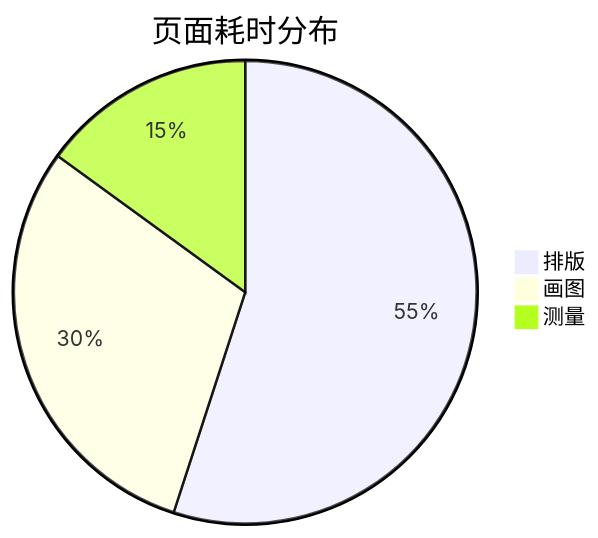
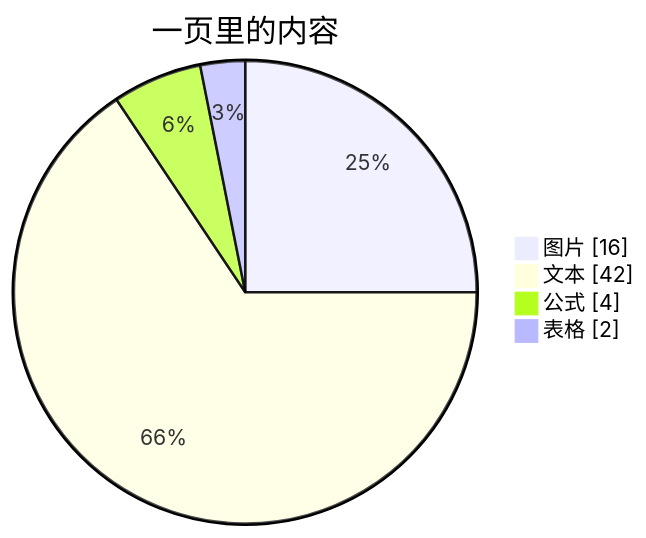
Diagram 12 of 29 in examples/all-syntax.markdown (emacs-taf/etaf-md), drawn with Mermaid before and after one commit. The commit also changed other lines of this file and 1 other file, not shown here.

````diff
--- a/examples/all-syntax.markdown
+++ b/examples/all-syntax.markdown
@@ -867,6 +2162,8 @@
 ```mermaid
-pie title 页面耗时分布
-  "排版" : 55
-  "画图" : 30
-  "测量" : 15
+pie showData
+  title 一页里的内容
+  "图片" : 16
+  "文本" : 42
+  "公式" : 4
+  "表格" : 2
 ```
````
